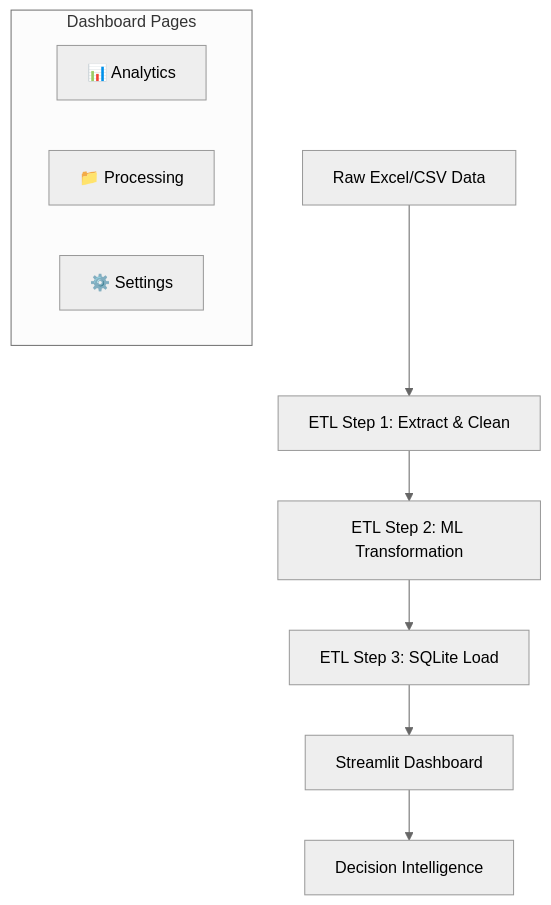
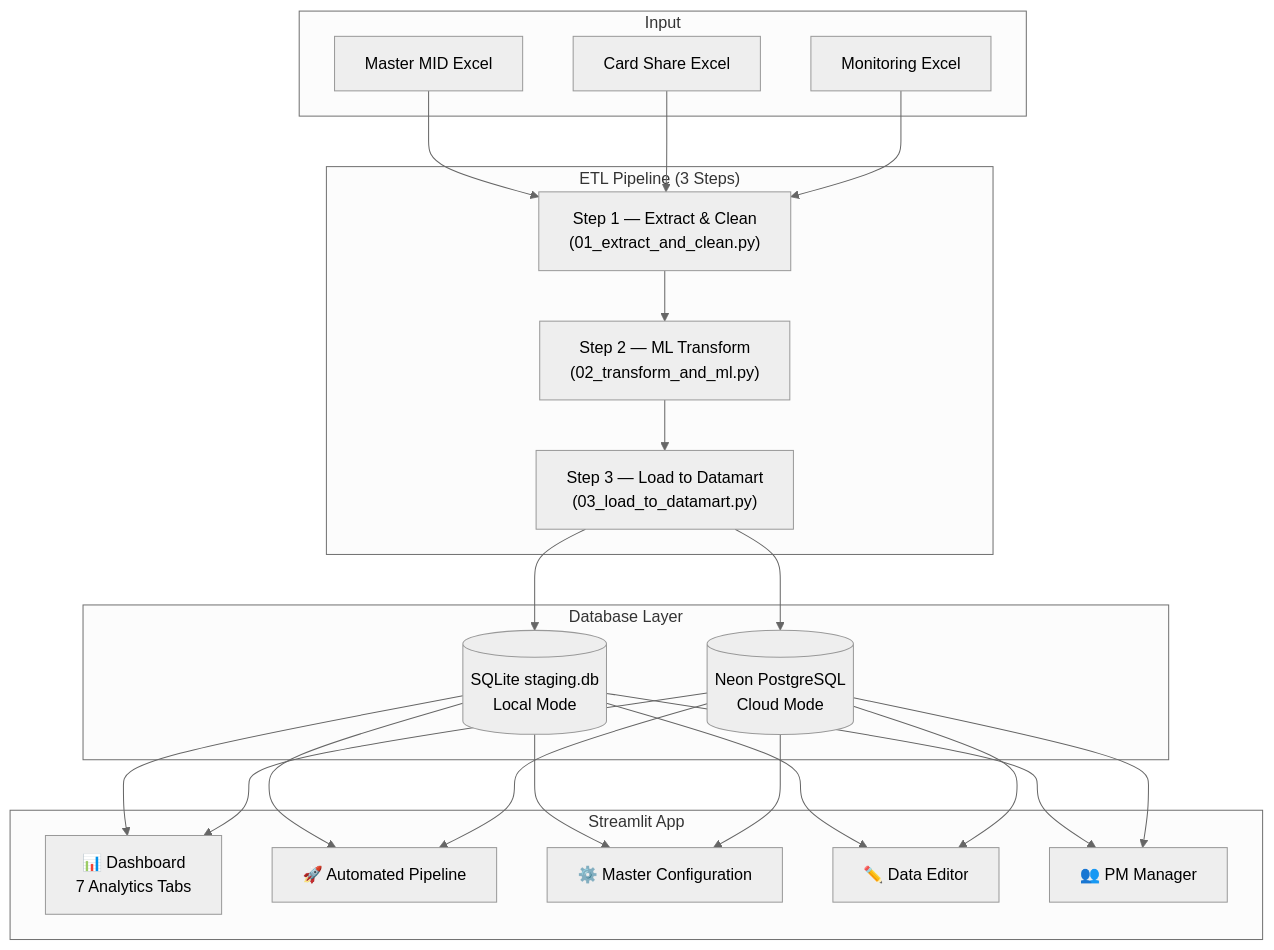
The diagram in README.md (marvelkn/AnchorAutomationDashboard), drawn with Mermaid (neutral theme) before and after one commit. The commit also changed other lines of this file, not shown here.

````diff
--- a/README.md
+++ b/README.md
@@ -44,14 +58,32 @@
 ```mermaid
 graph TD
-    A[Raw Excel/CSV Data] --> B[ETL Step 1: Extract & Clean]
-    B --> C[ETL Step 2: ML Transformation]
-    C --> D[ETL Step 3: SQLite Load]
-    D --> E[Streamlit Dashboard]
-    E --> F[Decision Intelligence]
-    
-    subgraph "Dashboard Pages"
-    E1[📊 Analytics]
-    E2[📁 Processing]
-    E3[⚙️ Settings]
+    subgraph Input
+        A1[Master MID Excel]
+        A2[Card Share Excel]
+        A3[Monitoring Excel]
     end
+
+    subgraph ETL["ETL Pipeline (3 Steps)"]
+        B1["Step 1 — Extract & Clean\n(01_extract_and_clean.py)"]
+        B2["Step 2 — ML Transform\n(02_transform_and_ml.py)"]
+        B3["Step 3 — Load to Datamart\n(03_load_to_datamart.py)"]
+    end
+
+    subgraph DB["Database Layer"]
+        C1[(SQLite staging.db\nLocal Mode)]
+        C2[(Neon PostgreSQL\nCloud Mode)]
+    end
+
+    subgraph App["Streamlit App"]
+        D1[📊 Dashboard\n7 Analytics Tabs]
+        D2[🚀 Automated Pipeline]
+        D3[⚙️ Master Configuration]
+        D4[✏️ Data Editor]
+        D5[👥 PM Manager]
+    end
+
+    A1 & A2 & A3 --> B1 --> B2 --> B3
+    B3 --> C1
+    B3 --> C2
+    C1 & C2 --> D1 & D2 & D3 & D4 & D5
 ```
````
